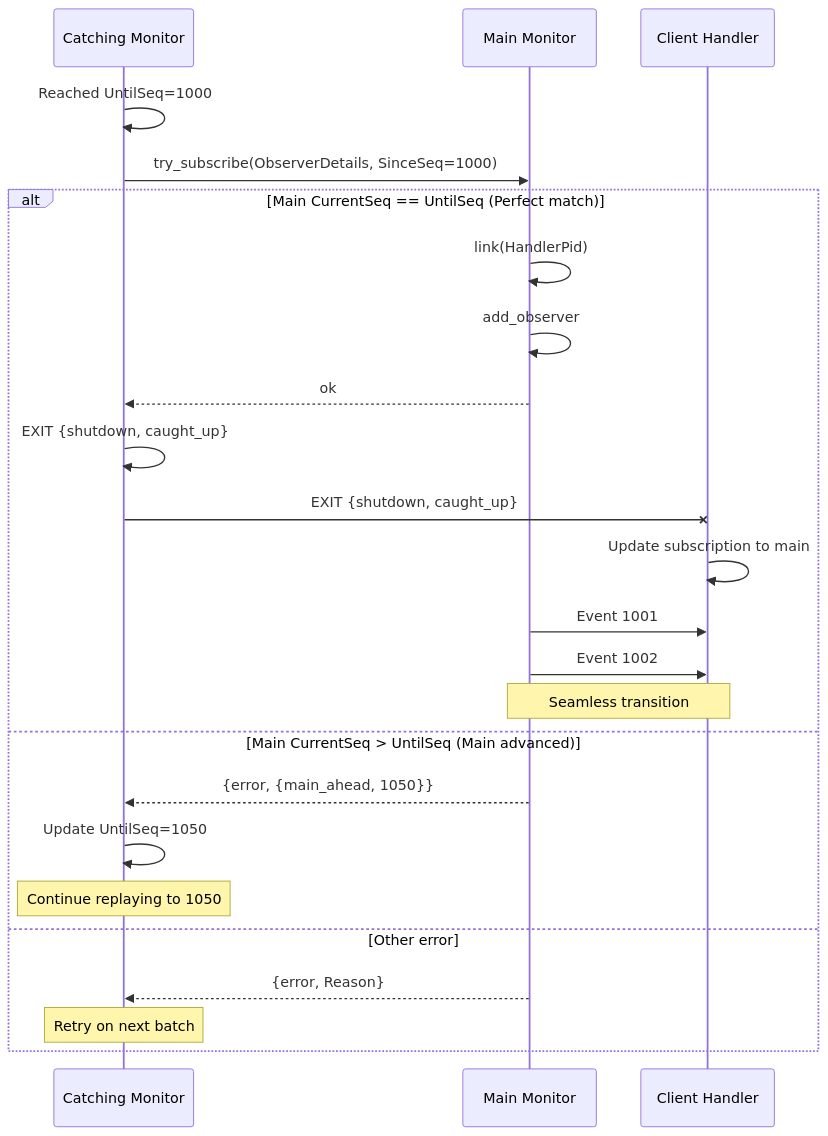
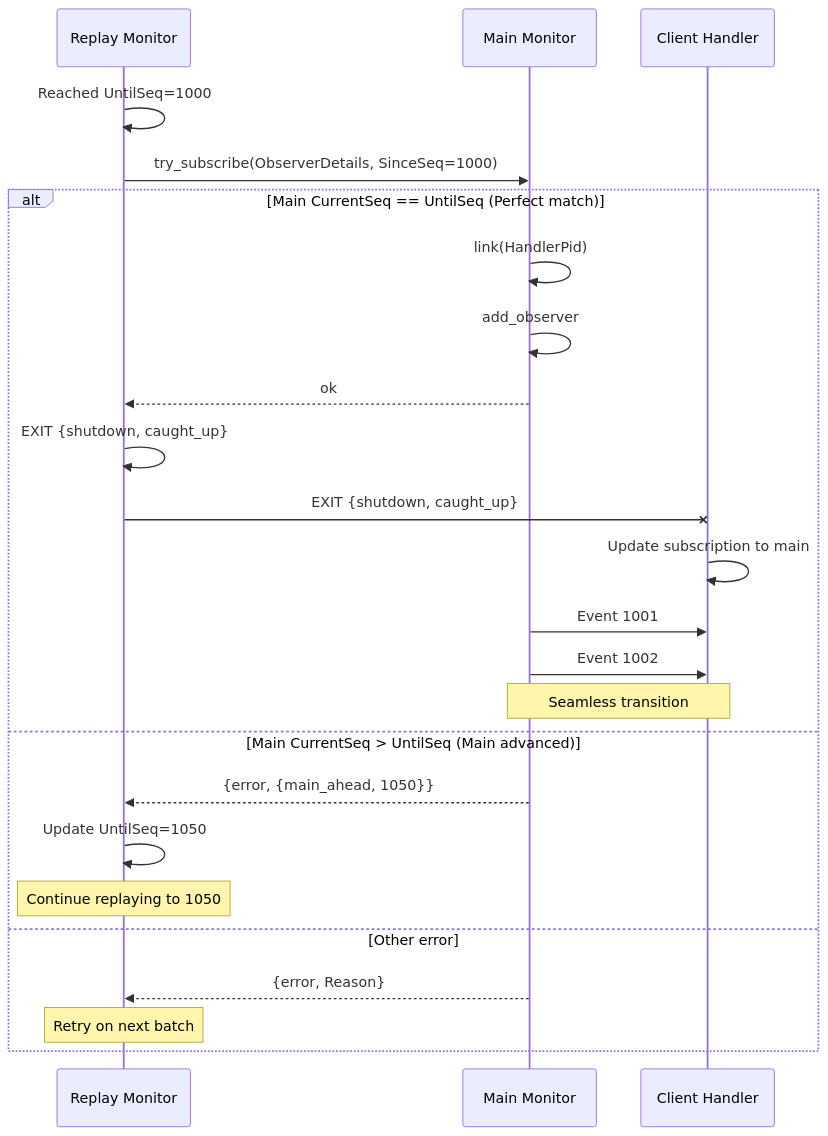
Before and after one commit to onedata/op-worker: the fourth of 8 diagrams in doc/design/files_monitoring/reconnection.md, drawn with Mermaid. The commit also changed other lines of this file and 12 other files, not shown here.

Commit message:
VFS-12887 Rename catching monitor to replay monitor

````diff
--- a/doc/design/files_monitoring/reconnection.md
+++ b/doc/design/files_monitoring/reconnection.md
@@ -222,30 +222,30 @@
 ```mermaid
 sequenceDiagram
-    participant Catch as Catching Monitor
+    participant Replay as Replay Monitor
     participant Main as Main Monitor
     participant Handler as Client Handler
     
-    Catch->>Catch: Reached UntilSeq=1000
-    Catch->>Main: try_subscribe(ObserverDetails, SinceSeq=1000)
+    Replay->>Replay: Reached UntilSeq=1000
+    Replay->>Main: try_subscribe(ObserverDetails, SinceSeq=1000)
     
     alt Main CurrentSeq == UntilSeq (Perfect match)
         Main->>Main: link(HandlerPid)
         Main->>Main: add_observer
-        Main-->>Catch: ok
-        Catch->>Catch: EXIT {shutdown, caught_up}
-        Catch-xHandler: EXIT {shutdown, caught_up}
+        Main-->>Replay: ok
+        Replay->>Replay: EXIT {shutdown, caught_up}
+        Replay-xHandler: EXIT {shutdown, caught_up}
         Handler->>Handler: Update subscription to main
         Main->>Handler: Event 1001
         Main->>Handler: Event 1002
         Note over Handler,Main: Seamless transition
         
     else Main CurrentSeq > UntilSeq (Main advanced)
-        Main-->>Catch: {error, {main_ahead, 1050}}
-        Catch->>Catch: Update UntilSeq=1050
-        Note over Catch: Continue replaying to 1050
+        Main-->>Replay: {error, {main_ahead, 1050}}
+        Replay->>Replay: Update UntilSeq=1050
+        Note over Replay: Continue replaying to 1050
         
     else Other error
-        Main-->>Catch: {error, Reason}
-        Note over Catch: Retry on next batch
+        Main-->>Replay: {error, Reason}
+        Note over Replay: Retry on next batch
     end
 ```
````
